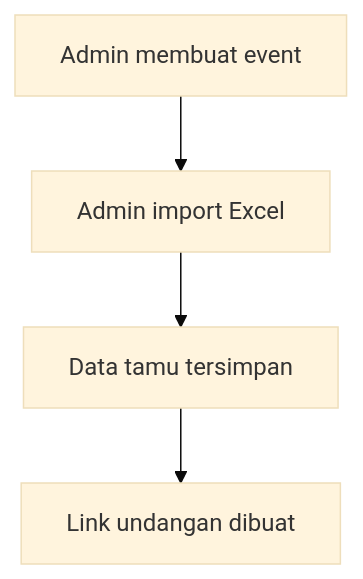
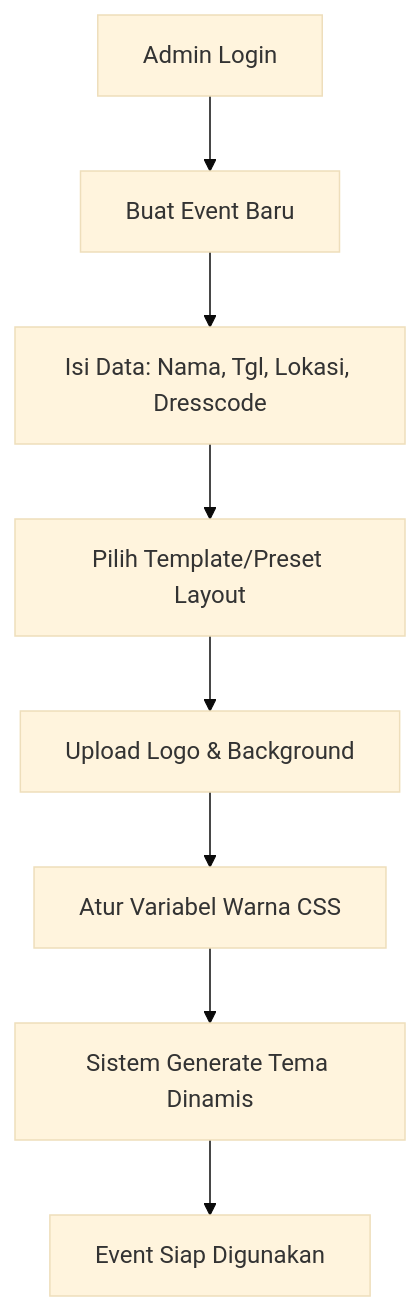
The fifth of 13 diagrams in docs/project_brief.md (bip-itteam-internal/halal-bihalal-2025), drawn with Mermaid (base theme) before and after one commit. The commit also changed other lines of this file, not shown here.

Commit message:
docs: add manual single guest entry to flows and role definitions

````diff
--- a/docs/project_brief.md
+++ b/docs/project_brief.md
@@ -432,6 +433,10 @@
 ```mermaid
 graph TD
-    A[Admin membuat event] --> B[Admin import Excel]
-    B --> C[Data tamu tersimpan]
-    C --> D[Link undangan dibuat]
+    A[Admin Login] --> B[Buat Event Baru]
+    B --> C[Isi Data: Nama, Tgl, Lokasi, Dresscode]
+    C --> D[Pilih Template/Preset Layout]
+    D --> E[Upload Logo & Background]
+    E --> F[Atur Variabel Warna CSS]
+    F --> G[Sistem Generate Tema Dinamis]
+    G --> H[Event Siap Digunakan]
 ```
````
